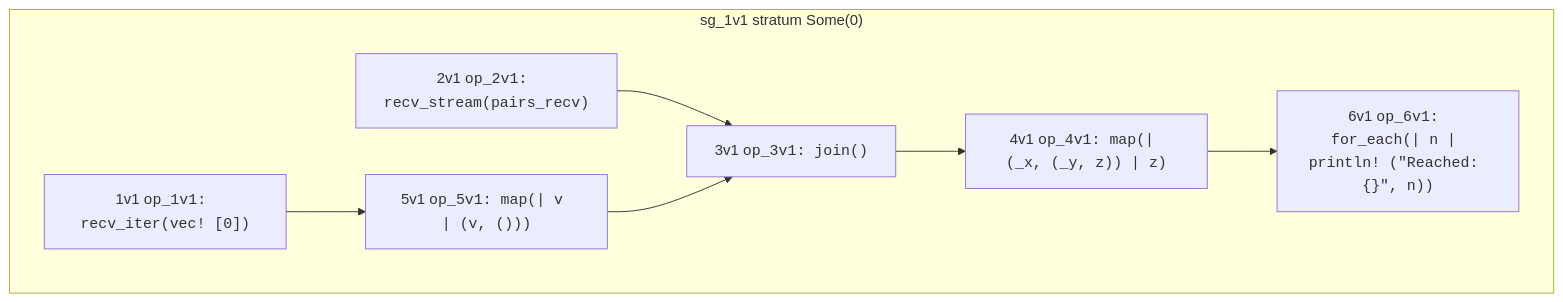
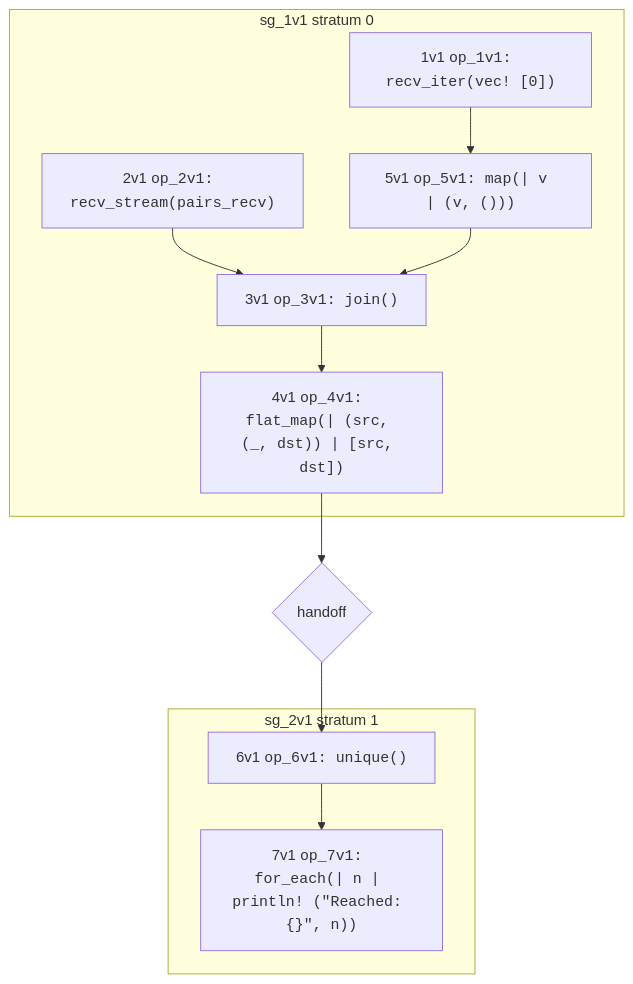
Before and after one commit to nickjiang2378/hydroflow: the second of 2 diagrams in book/example_4_surface.md, drawn with Mermaid. The commit also changed other lines of this file and 16 other files, not shown here.

````diff
--- a/book/example_4_surface.md
+++ b/book/example_4_surface.md
@@ -126,18 +134,24 @@
 ```mermaid
 flowchart TB
-    subgraph "sg_1v1 stratum Some(0)"
+    subgraph "sg_1v1 stratum 0"
         1v1["1v1 <tt>op_1v1: recv_iter(vec! [0])</tt>"]
         2v1["2v1 <tt>op_2v1: recv_stream(pairs_recv)</tt>"]
         5v1["5v1 <tt>op_5v1: map(| v | (v, ()))</tt>"]
         3v1["3v1 <tt>op_3v1: join()</tt>"]
-        4v1["4v1 <tt>op_4v1: map(| (_x, (_y, z)) | z)</tt>"]
-        6v1["6v1 <tt>op_6v1: for_each(| n | println! (&quot;Reached: {}&quot;, n))</tt>"]
+        4v1["4v1 <tt>op_4v1: flat_map(| (src, (_, dst)) | [src, dst])</tt>"]
+    end
+    subgraph "sg_2v1 stratum 1"
+        6v1["6v1 <tt>op_6v1: unique()</tt>"]
+        7v1["7v1 <tt>op_7v1: for_each(| n | println! (&quot;Reached: {}&quot;, n))</tt>"]
     end
 
+    8v1{"handoff"}
 
     1v1-->5v1
     2v1-->3v1
     3v1-->4v1
-    4v1-->6v1
+    4v1-->8v1
     5v1-->3v1
+    6v1-->7v1
+    8v1-->6v1
 ```
````
